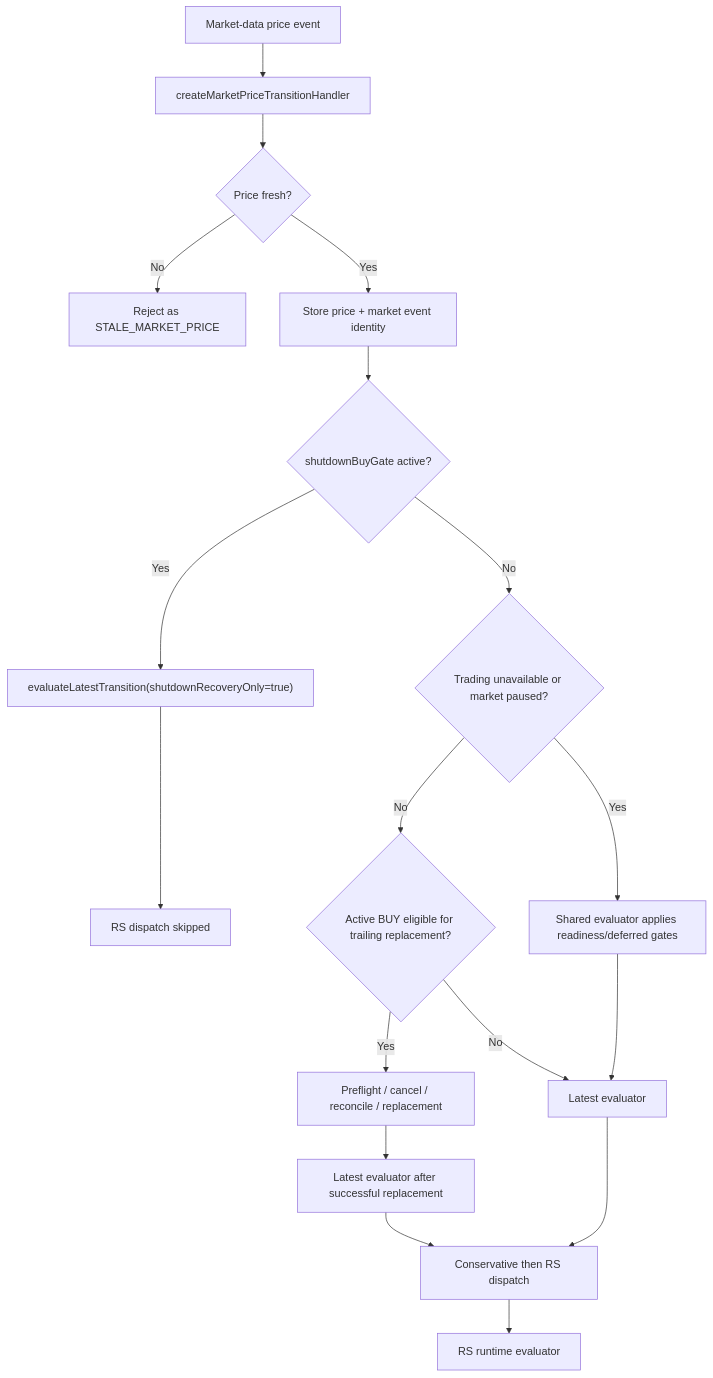
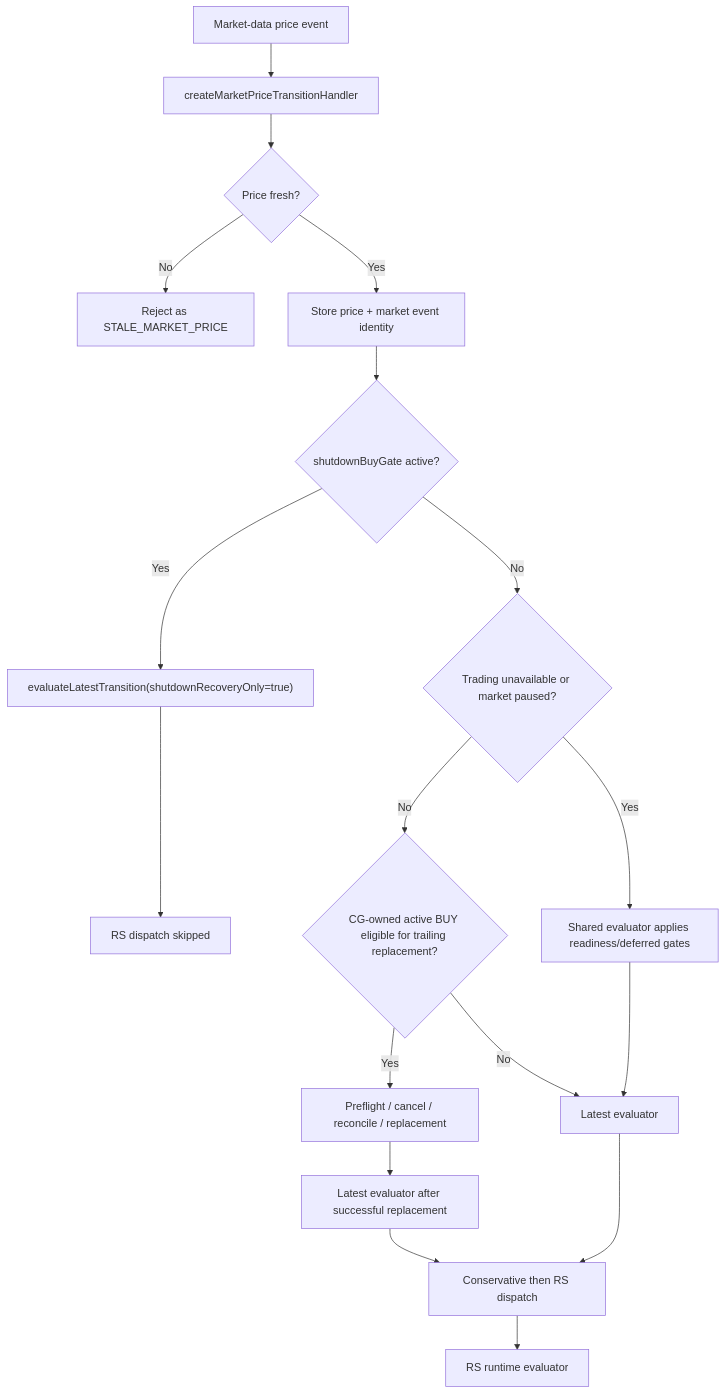
Before and after one commit to 45s/coinzilla: the second of 9 diagrams in apps/harvester/docs/domain/recovery-seller-runtime-flows.md, drawn with Mermaid. The commit also changed other lines of this file and 3 other files, not shown here.

````diff
--- a/apps/harvester/docs/domain/recovery-seller-runtime-flows.md
+++ b/apps/harvester/docs/domain/recovery-seller-runtime-flows.md
@@ -88,20 +88,20 @@
 ```mermaid
 flowchart TD
     A["Market-data price event"] --> B["createMarketPriceTransitionHandler"]
     B --> C{"Price fresh?"}
     C -- "No" --> X["Reject as STALE_MARKET_PRICE"]
     C -- "Yes" --> D["Store price + market event identity"]
     D --> E{"shutdownBuyGate active?"}
     E -- "Yes" --> F["evaluateLatestTransition(shutdownRecoveryOnly=true)"]
     F --> G["RS dispatch skipped"]
     E -- "No" --> H{"Trading unavailable or market paused?"}
     H -- "Yes" --> I["Shared evaluator applies readiness/deferred gates"]
-    H -- "No" --> J{"Active BUY eligible for trailing replacement?"}
+    H -- "No" --> J{"CG-owned active BUY eligible for trailing replacement?"}
     J -- "Yes" --> K["Preflight / cancel / reconcile / replacement"]
     K --> L["Latest evaluator after successful replacement"]
     J -- "No" --> M["Latest evaluator"]
     I --> M
     L --> N["Conservative then RS dispatch"]
     M --> N
     N --> O["RS runtime evaluator"]
 ```
````
